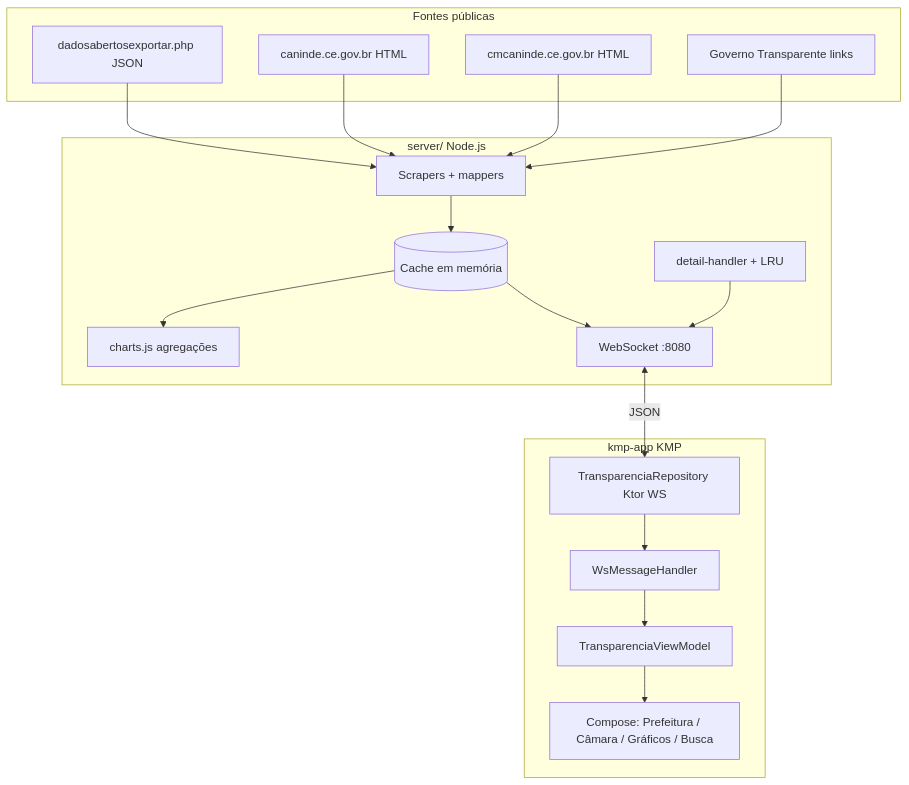
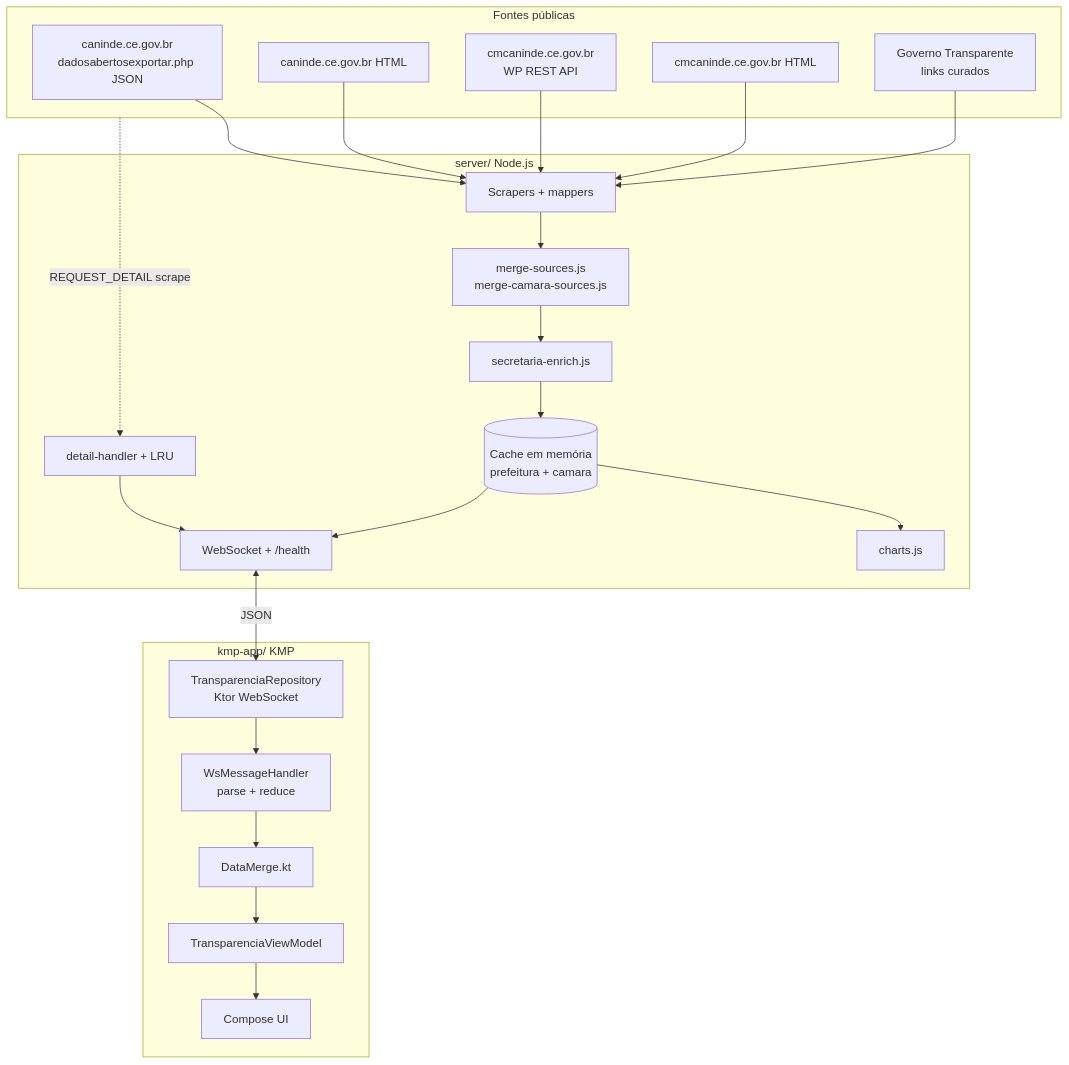
The first of 4 diagrams in README.md (jordilucas/transparencia_caninde), drawn with Mermaid before and after one commit. The commit also changed other lines of this file and 1 other file, not shown here.

First line of the commit message:
Documenta arquitetura completa e análise do app no README.

````diff
--- a/README.md
+++ b/README.md
@@ -80,35 +61,41 @@
 ```mermaid
 flowchart TB
   subgraph fontes [Fontes públicas]
-    PF_JSON[dadosabertosexportar.php JSON]
-    PF_HTML[caninde.ce.gov.br HTML]
-    CM_HTML[cmcaninde.ce.gov.br HTML]
-    GT[Governo Transparente links]
+    PF_JSON["caninde.ce.gov.br<br/>dadosabertosexportar.php JSON"]
+    PF_HTML["caninde.ce.gov.br HTML"]
+    CM_WP["cmcaninde.ce.gov.br<br/>WP REST API"]
+    CM_HTML["cmcaninde.ce.gov.br HTML"]
+    GT["Governo Transparente<br/>links curados"]
   end
 
   subgraph server [server/ Node.js]
-    SCR[Scrapers + mappers]
-    CACHE[(Cache em memória)]
-    CHARTS[charts.js agregações]
-    DET[detail-handler + LRU]
-    WS[WebSocket :8080]
-    SCR --> CACHE
+    SCR["Scrapers + mappers"]
+    MERGE["merge-sources.js<br/>merge-camara-sources.js"]
+    ENRICH["secretaria-enrich.js"]
+    CACHE[("Cache em memória<br/>prefeitura + camara")]
+    CHARTS["charts.js"]
+    DET["detail-handler + LRU"]
+    WS["WebSocket + /health"]
+    SCR --> MERGE --> ENRICH --> CACHE
     CACHE --> CHARTS
     CACHE --> WS
     DET --> WS
   end
 
-  subgraph app [kmp-app KMP]
-    REPO[TransparenciaRepository Ktor WS]
-    HANDLER[WsMessageHandler]
-    VM[TransparenciaViewModel]
-    UI[Compose: Prefeitura / Câmara / Gráficos / Busca]
-    REPO --> HANDLER --> VM --> UI
+  subgraph app [kmp-app/ KMP]
+    REPO["TransparenciaRepository<br/>Ktor WebSocket"]
+    HANDLER["WsMessageHandler<br/>parse + reduce"]
+    MERGE_APP["DataMerge.kt"]
+    VM["TransparenciaViewModel"]
+    UI["Compose UI"]
+    REPO --> HANDLER --> MERGE_APP --> VM --> UI
   end
 
   PF_JSON --> SCR
   PF_HTML --> SCR
+  CM_WP --> SCR
   CM_HTML --> SCR
   GT --> SCR
   WS <-->|JSON| REPO
+  fontes -.->|REQUEST_DETAIL scrape| DET
 ```
````
